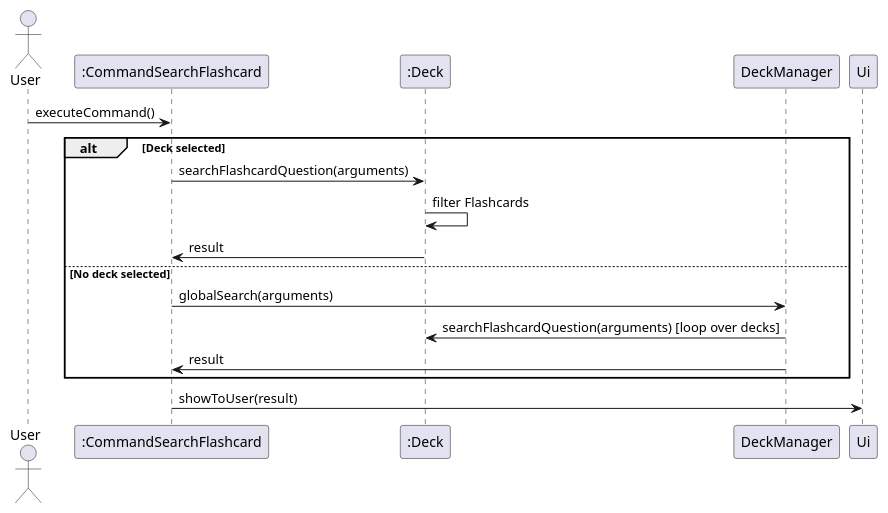
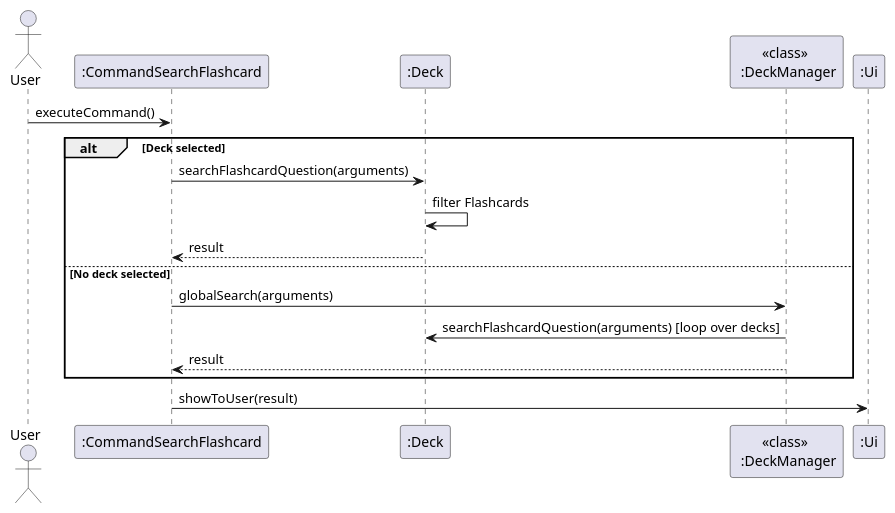
The diagram in docs/diagrams/SearchSequenceDiagram.puml (felfelyuen/tp), drawn with PlantUML before and after one commit. The commit also changed 6 other files, not shown here.

Commit message:
edited PPP and diagrams for dotted lie on return arrows

```diff
--- a/docs/diagrams/SearchSequenceDiagram.puml
+++ b/docs/diagrams/SearchSequenceDiagram.puml
@@ -1,16 +1,18 @@
 @startuml
 actor User
 participant ":CommandSearchFlashcard" as CommandSearchFlashcard
 participant ":Deck" as Deck
+participant "<<class>> \n :DeckManager" as DeckManager
+participant ":Ui" as Ui
 User -> CommandSearchFlashcard : executeCommand()
 alt Deck selected
     CommandSearchFlashcard -> Deck : searchFlashcardQuestion(arguments)
     Deck -> Deck : filter Flashcards
-    Deck -> CommandSearchFlashcard : result
+    Deck --> CommandSearchFlashcard : result
 else No deck selected
     CommandSearchFlashcard -> DeckManager : globalSearch(arguments)
     DeckManager -> Deck : searchFlashcardQuestion(arguments) [loop over decks]
-    DeckManager -> CommandSearchFlashcard : result
+    DeckManager --> CommandSearchFlashcard : result
 end
 CommandSearchFlashcard -> Ui : showToUser(result)
 @enduml
```
